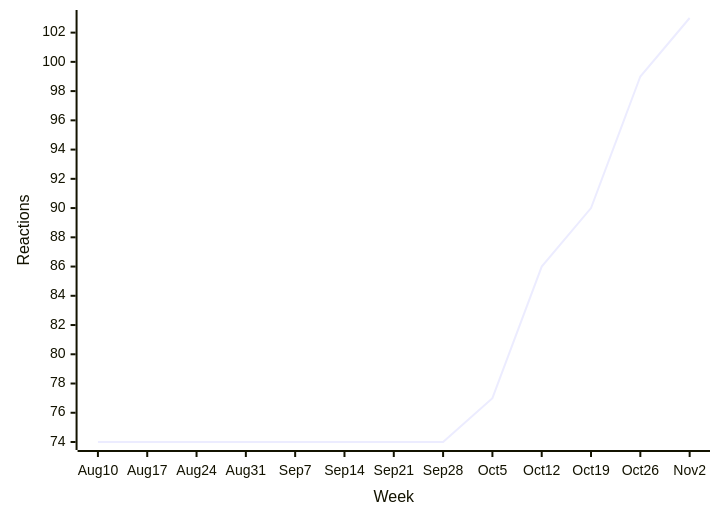
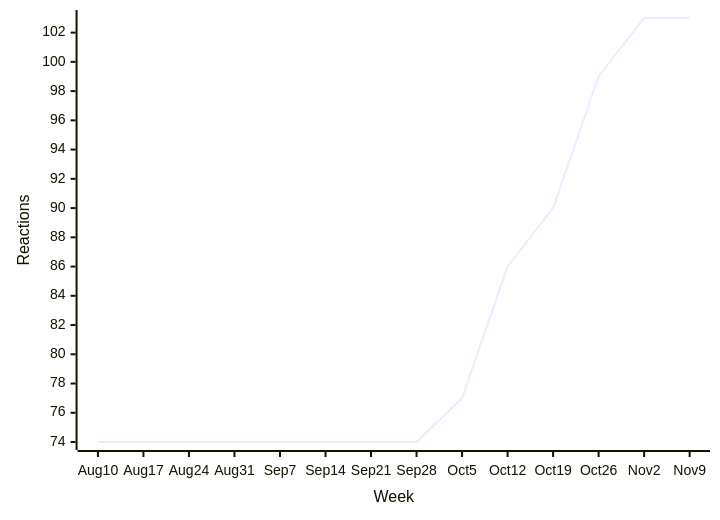
Before and after one commit to loic-sharma/github-insights: the second of 38 diagrams in README.md, drawn with Mermaid. The commit also changed other lines of this file and 3 other files, not shown here.

````diff
--- a/README.md
+++ b/README.md
@@ -341,6 +341,6 @@
   ```mermaid
   xychart-beta
-    x-axis "Week" [Aug 10, Aug 17, Aug 24, Aug 31, Sep 7, Sep 14, Sep 21, Sep 28, Oct 5, Oct 12, Oct 19, Oct 26, Nov 2]
+    x-axis "Week" [Aug 10, Aug 17, Aug 24, Aug 31, Sep 7, Sep 14, Sep 21, Sep 28, Oct 5, Oct 12, Oct 19, Oct 26, Nov 2, Nov 9]
     y-axis "Reactions"
-    line [74, 74, 74, 74, 74, 74, 74, 74, 77, 86, 90, 99, 103]
+    line [74, 74, 74, 74, 74, 74, 74, 74, 77, 86, 90, 99, 103, 103]
   ```
````
